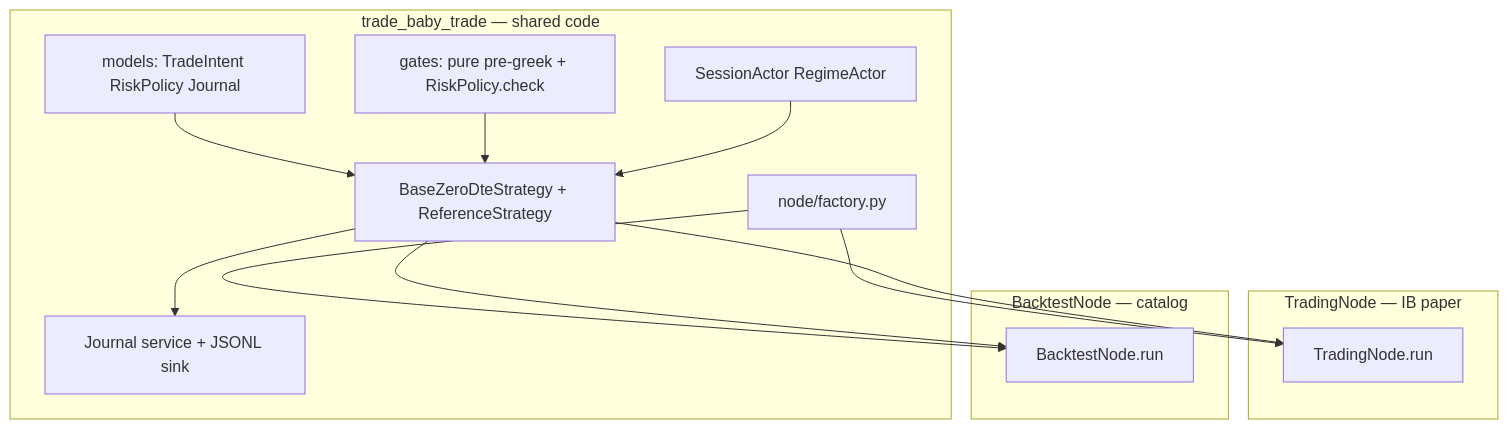
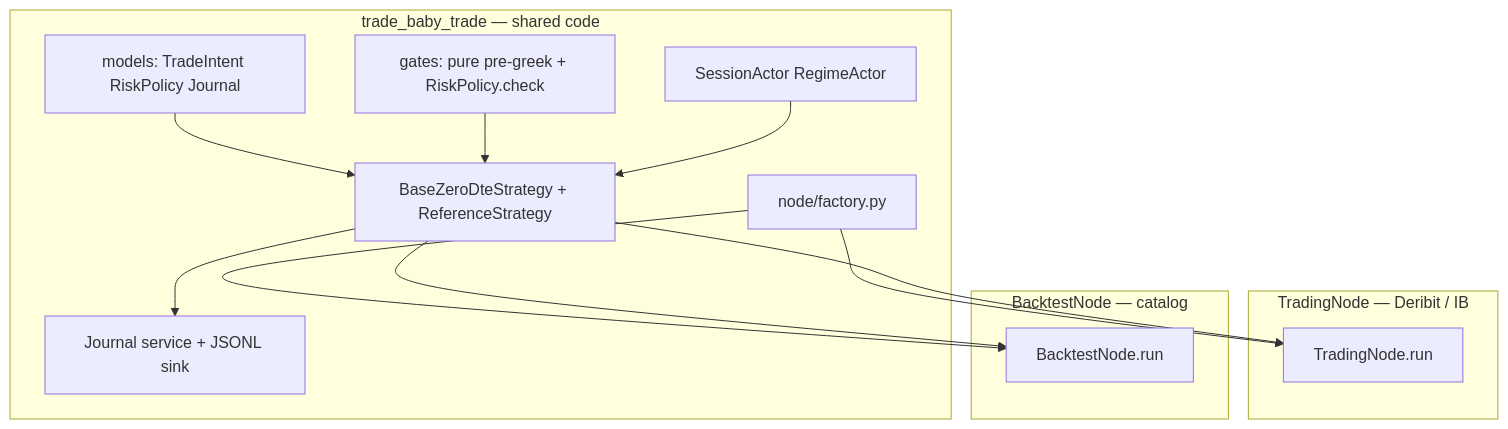
One commit to abhushansahu/nautilus-quant-scaffold changed the second of 2 diagrams in .cursor/plans/0dte_implementation_plan_5c4f2990.plan.md. Above: the diagram before and after it, drawn with Mermaid. The commit also changed other lines of this file and 15 other files, not shown here.

First line of the commit message:
feat: update 0DTE implementation plan and enhance trading costs architecture

````diff
--- a/.cursor/plans/0dte_implementation_plan_5c4f2990.plan.md
+++ b/.cursor/plans/0dte_implementation_plan_5c4f2990.plan.md
@@ -85,28 +120,28 @@
 ```mermaid
 flowchart TB
   subgraph shared [trade_baby_trade — shared code]
     Models[models: TradeIntent RiskPolicy Journal]
     Gates[gates: pure pre-greek + RiskPolicy.check]
     Actors[SessionActor RegimeActor]
     Strat[BaseZeroDteStrategy + ReferenceStrategy]
     NodeFactory[node/factory.py]
     JournalSvc[Journal service + JSONL sink]
   end
 
-  subgraph nt_live [TradingNode — IB paper]
+  subgraph nt_live [TradingNode — Deribit / IB]
     TN[TradingNode.run]
   end
 
   subgraph nt_bt [BacktestNode — catalog]
     BN[BacktestNode.run]
   end
 
   NodeFactory --> TN
   NodeFactory --> BN
   Models --> Strat
   Gates --> Strat
   Actors --> Strat
   Strat --> JournalSvc
   Strat --> TN
   Strat --> BN
 ```
````
